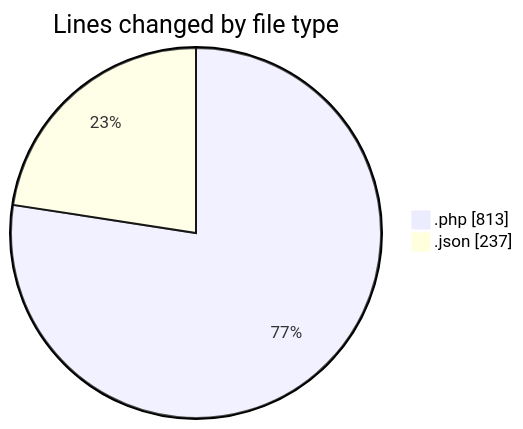
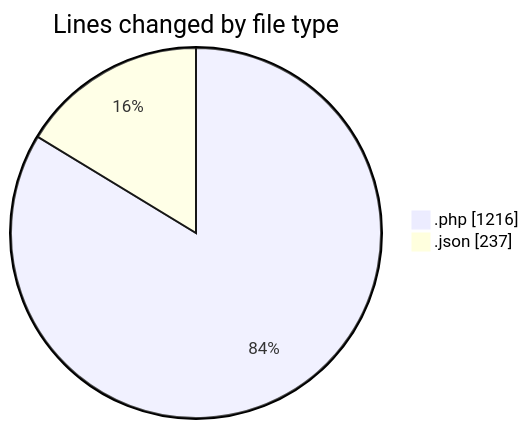
Before and after one commit to idhammustaqopulfikri/code-tracking: the first of 2 diagrams in 2025-06-15/studio-backend/README.md, drawn with Mermaid. The commit also changed other lines of this file and 1 other file, not shown here.

````diff
--- a/2025-06-15/studio-backend/README.md
+++ b/2025-06-15/studio-backend/README.md
@@ -30,6 +31,6 @@
 ```mermaid
 pie showData
 title Lines changed by file type
-".php" : 813
+".php" : 1216
 ".json" : 237
 ```
````
